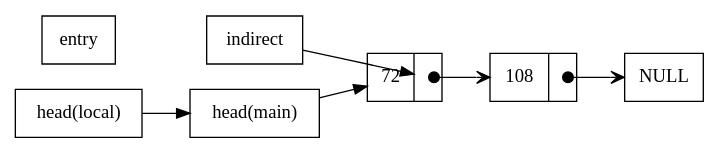
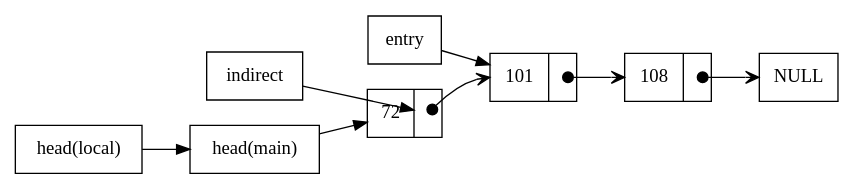
The diagram in dot/remove_entry3.dot (Msiciots/linked-list), drawn with Graphviz before and after one commit. The commit also changed 3 other files, not shown here.

```diff
--- a/dot/remove_entry3.dot
+++ b/dot/remove_entry3.dot
@@ -1,16 +1,18 @@
 digraph add_entry {
         rankdir=LR;
         node [shape=record];
         head_main [label= "head(main)"];
         head_local [label= "head(local)"]
         indirect [label= "indirect"]
-        entry [label= "entry"]
-        n1 [label="{ <data> 72 | <ref>  }"];  
+        entry [label="entry"]
+        n1 [label="{ <data> 72 | <ref>  }"];
+        n2 [label="{ <data> 101 | <ref>  }"];
         n3 [label="{ <data> 108 | <ref>  }"];
+        entry -> n2
         indirect -> n1:ref:c
         head_local -> head_main
         head_main-> n1;
-        n1:ref:c -> n3:data [arrowhead=vee, arrowtail=dot, dir=both, tailclip=false];
-        
+        n1:ref:c -> n2:data [arrowhead=vee, arrowtail=dot, dir=both, tailclip=false];
+        n2:ref:c -> n3:data [arrowhead=vee, arrowtail=dot, dir=both, tailclip=false];
         n3:ref:c -> NULL      [arrowhead=vee, arrowtail=dot, dir=both, tailclip=false];
 }
```
